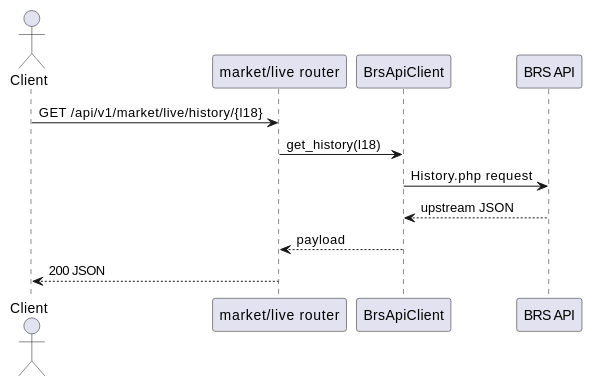
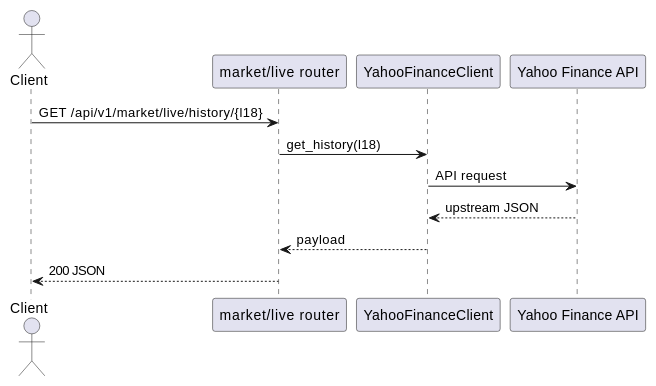
Before and after one commit to Shakour-Data/BedaanWaves: the fourth of 6 diagrams in docs/diagrams/uml/level_6_end_to_end_paths.md, drawn with PlantUML. The commit also changed 51 other files, not shown here.

````diff
--- a/docs/diagrams/uml/level_6_end_to_end_paths.md
+++ b/docs/diagrams/uml/level_6_end_to_end_paths.md
@@ -80,15 +80,15 @@
 ```plantuml
 @startuml
 actor Client
 participant "market/live router" as R
-participant "BrsApiClient" as BRS
-participant "BRS API" as UP
+participant "YahooFinanceClient" as YF
+participant "Yahoo Finance API" as UP
 
 Client -> R : GET /api/v1/market/live/history/{l18}
-R -> BRS : get_history(l18)
-BRS -> UP : History.php request
-UP --> BRS : upstream JSON
-BRS --> R : payload
+R -> YF : get_history(l18)
+YF -> UP : API request
+UP --> YF : upstream JSON
+YF --> R : payload
 R --> Client : 200 JSON
 @enduml
 ```
````
